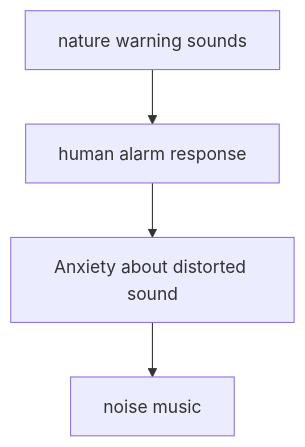
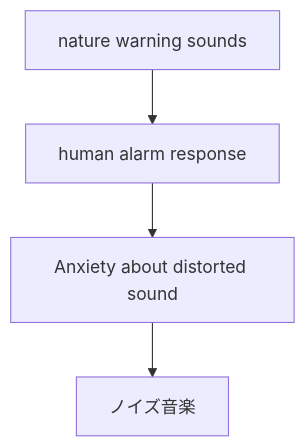
The fourth of 5 diagrams in en/_posts/2026-03-13-column-why-experimental-music-scares-people.md (monumental-movement/monumental-movement.github.io), drawn with Mermaid before and after one commit. The commit also changed other lines of this file and 1012 other files, not shown here.

```diff
--- a/en/_posts/2026-03-13-column-why-experimental-music-scares-people.md
+++ b/en/_posts/2026-03-13-column-why-experimental-music-scares-people.md
@@ -216,6 +216,6 @@
 <div class="mermaid">
 graph TD
 A[nature warning sounds] --> B[human alarm response]
 B --> C[Anxiety about distorted sound]
-C --> D[noise music]
+C --> D[ノイズ音楽]
 </div>
```
